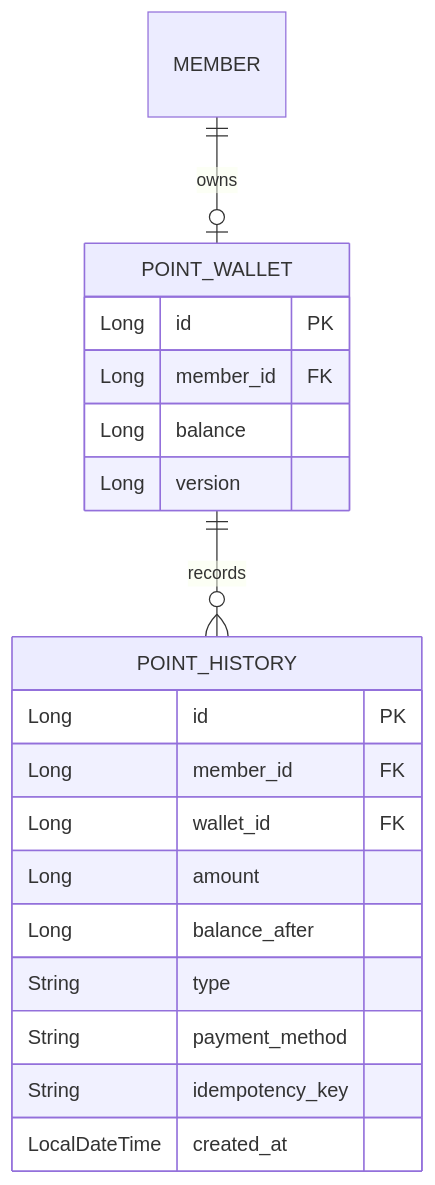
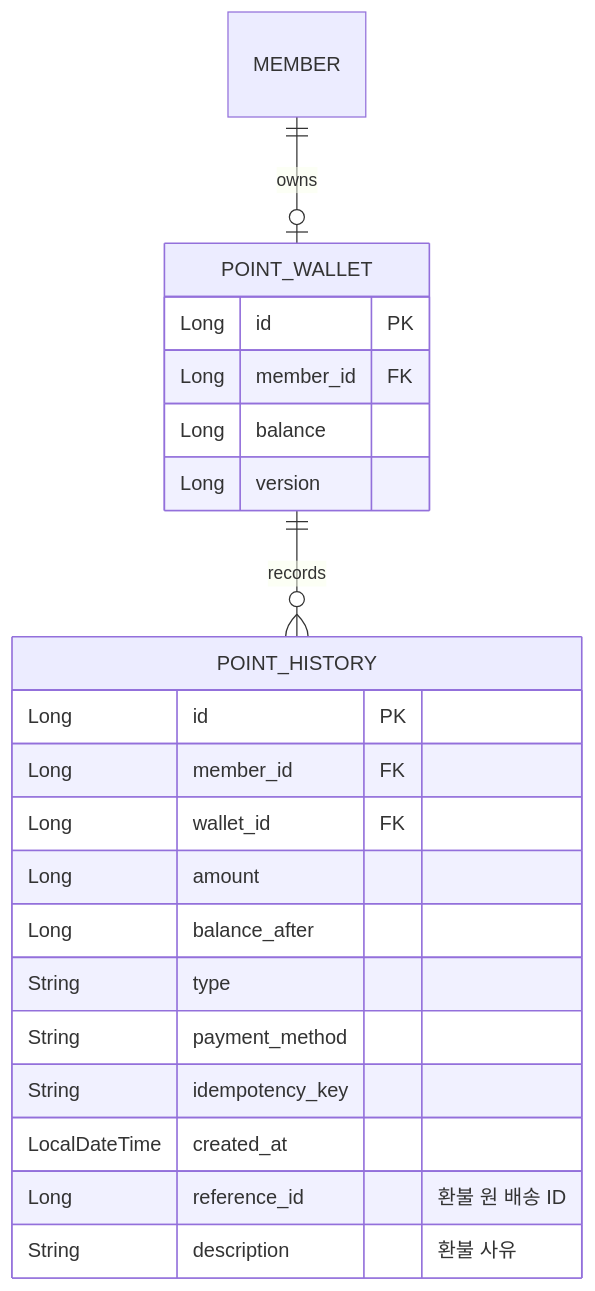
Before and after one commit to ShinhanDSProject/shinhan-delivery: the diagram in docs/design/포인트-지갑-기능-설계서.md, drawn with Mermaid. The commit also changed other lines of this file and 34 other files, not shown here.

````diff
--- a/docs/design/포인트-지갑-기능-설계서.md
+++ b/docs/design/포인트-지갑-기능-설계서.md
@@ -22,24 +23,26 @@
 ```mermaid
 erDiagram
     MEMBER ||--o| POINT_WALLET : owns
     POINT_WALLET ||--o{ POINT_HISTORY : records
 
     POINT_WALLET {
         Long id PK
         Long member_id FK
         Long balance
         Long version
     }
 
     POINT_HISTORY {
         Long id PK
         Long member_id FK
         Long wallet_id FK
         Long amount
         Long balance_after
         String type
         String payment_method
         String idempotency_key
         LocalDateTime created_at
+        Long reference_id "환불 원 배송 ID"
+        String description "환불 사유"
     }
 ```
````
